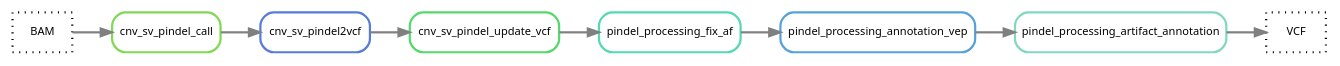
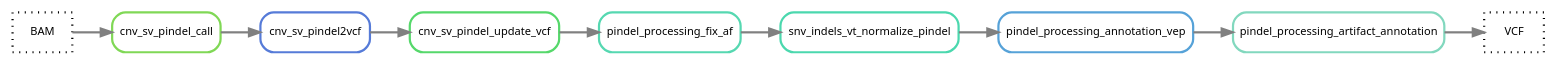
One commit to clinical-genomics-uppsala/poppy_uppsala changed the diagram in docs/images/pindel.dot. Above: the diagram before and after it, drawn with Graphviz. The commit also changed 3 other files, not shown here.

```diff
--- a/docs/images/pindel.dot
+++ b/docs/images/pindel.dot
@@ -1,25 +1,27 @@
 digraph snakemake_dag {
 	rankdir="LR"
     graph[bgcolor=white, margin=0];
     node[shape=box, style=rounded, fontname="sans",                 fontsize=10, penwidth=2];
     edge[penwidth=2, color=grey];
 	0[label = "BAM", color = "0.0 0.0 0.0", style="dotted"];
 	1[label = "VCF", color = "0.0 0.0 0.0", style="dotted"];
 
 	2[label = "cnv_sv_pindel_call", color = "0.28 0.6 0.85", style="rounded"];
 	3[label = "cnv_sv_pindel2vcf", color = "0.62 0.6 0.85", style="rounded"];
 	4[label = "cnv_sv_pindel_update_vcf", color = "0.36 0.6 0.85", style="rounded"];
 	5[label = "pindel_processing_fix_af", color = "0.45 0.6 0.85", style="rounded"];
-	6[label = "pindel_processing_annotation_vep", color = "0.57 0.6 0.85", style="rounded"];
-	7[label = "pindel_processing_artifact_annotation", color = "0.45 0.4 0.85", style="rounded"];
+	6[label = "snv_indels_vt_normalize_pindel", color = "0.45 0.65 0.85", style="rounded"];
+	7[label = "pindel_processing_annotation_vep", color = "0.57 0.6 0.85", style="rounded"];
+	8[label = "pindel_processing_artifact_annotation", color = "0.45 0.4 0.85", style="rounded"];
 
-	7 -> 1
+	8 -> 1
 
+	7 -> 8
 	6 -> 7
 	5 -> 6
 	4 -> 5
 	3 -> 4
 	2 -> 3
 
 	0 -> 2
 }
```
